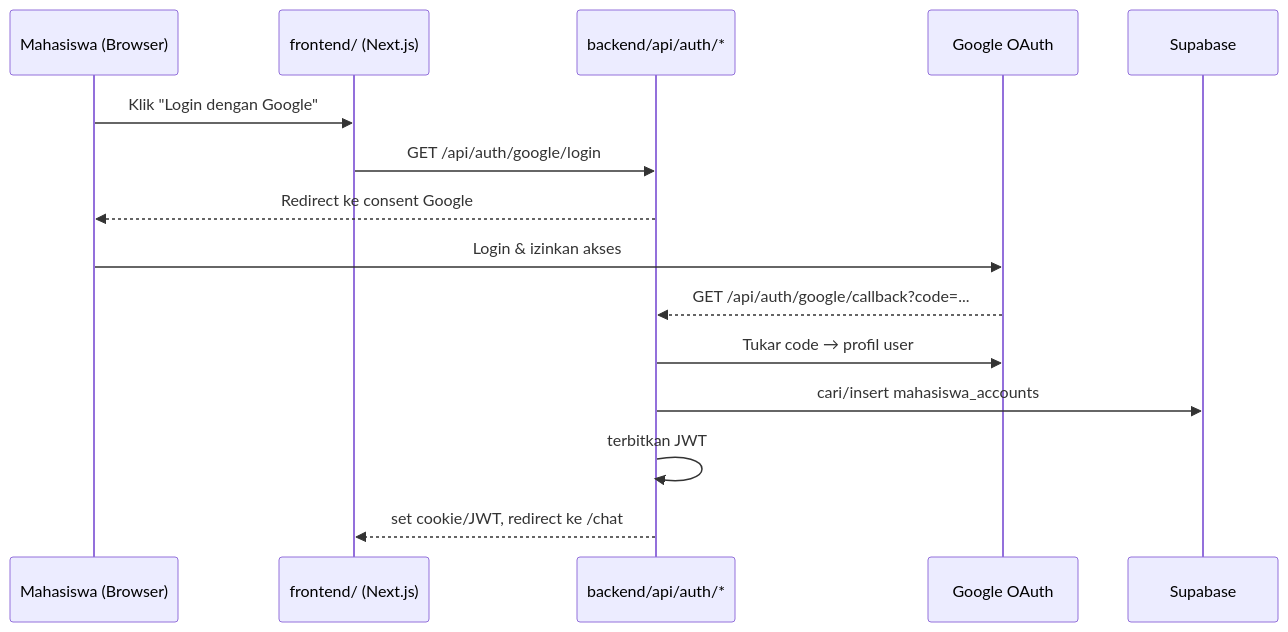
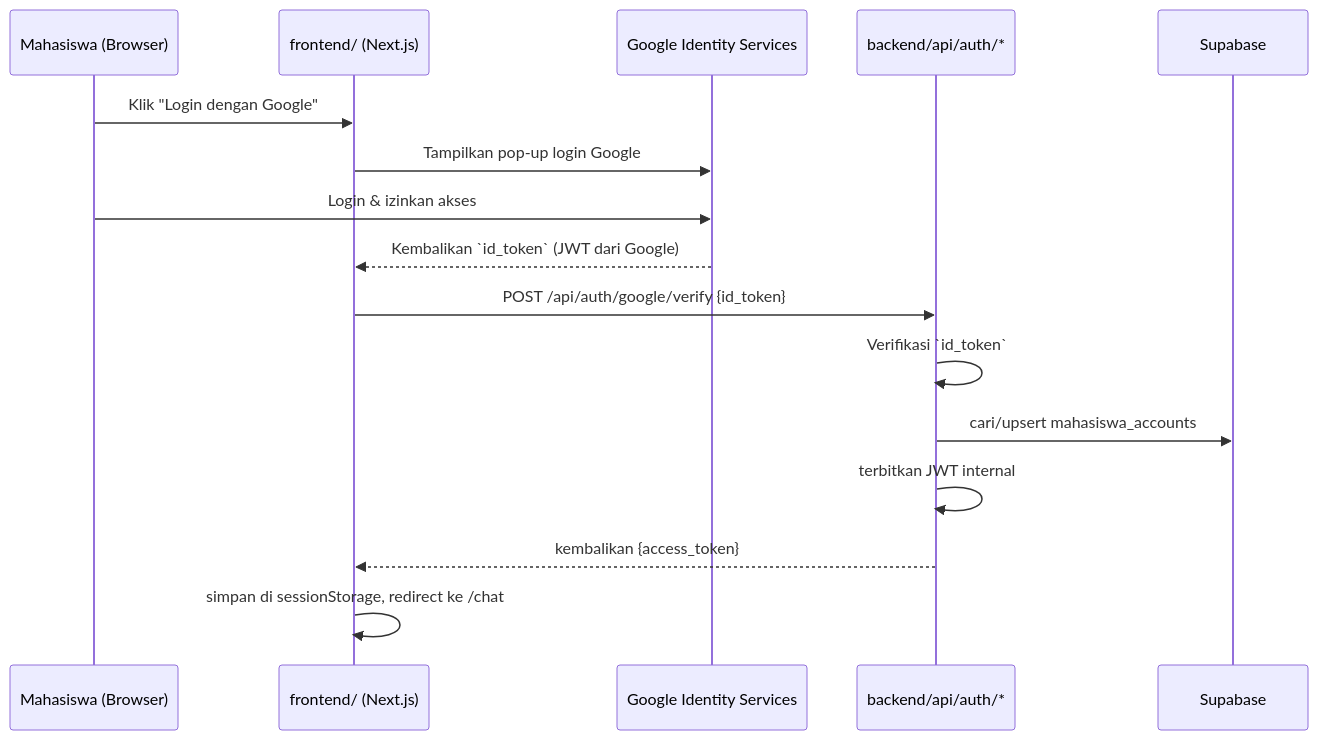
The third of 5 diagrams in docs/02 DPPL perancangan sistem.md (Fauza27/Graduation-Assistant-Chatbot), drawn with Mermaid before and after one commit. The commit also changed other lines of this file, not shown here.

Commit message:
docs(dppl): sync endpoint auth and GIS integration for increment 2

````diff
--- a/docs/02 DPPL perancangan sistem.md
+++ b/docs/02 DPPL perancangan sistem.md
@@ -395,18 +394,19 @@
 ```mermaid
 sequenceDiagram
     participant M as Mahasiswa (Browser)
     participant FE as frontend/ (Next.js)
+    participant GIS as Google Identity Services
     participant API as backend/api/auth/*
-    participant G as Google OAuth
     participant DB as Supabase
 
     M->>FE: Klik "Login dengan Google"
-    FE->>API: GET /api/auth/google/login
-    API-->>M: Redirect ke consent Google
-    M->>G: Login & izinkan akses
-    G-->>API: GET /api/auth/google/callback?code=...
-    API->>G: Tukar code → profil user
-    API->>DB: cari/insert mahasiswa_accounts
-    API->>API: terbitkan JWT
-    API-->>FE: set cookie/JWT, redirect ke /chat
+    FE->>GIS: Tampilkan pop-up login Google
+    M->>GIS: Login & izinkan akses
+    GIS-->>FE: Kembalikan `id_token` (JWT dari Google)
+    FE->>API: POST /api/auth/google/verify {id_token}
+    API->>API: Verifikasi `id_token`
+    API->>DB: cari/upsert mahasiswa_accounts
+    API->>API: terbitkan JWT internal
+    API-->>FE: kembalikan {access_token}
+    FE->>FE: simpan di sessionStorage, redirect ke /chat
 ```
````
